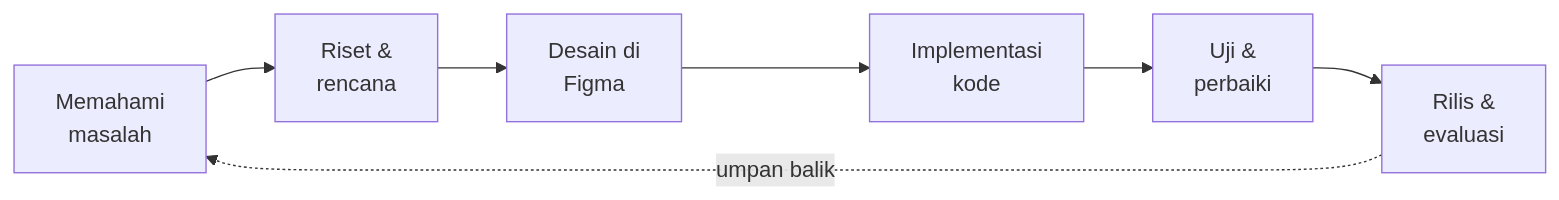
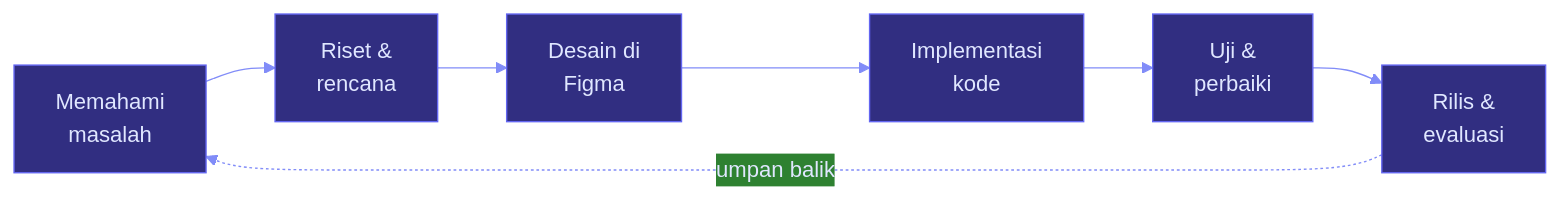
Before and after one commit to F1H444/F1H444: the fourth of 5 diagrams in README.md, drawn with Mermaid. The commit also changed other lines of this file, not shown here.

````diff
--- a/README.md
+++ b/README.md
@@ -464,9 +588,10 @@
 ```mermaid
+%%{init: {'theme':'base','themeVariables':{'primaryColor':'#312E81','primaryTextColor':'#E0E7FF','primaryBorderColor':'#6366F1','lineColor':'#818CF8','fontFamily':'monospace'}}}%%
 flowchart LR
     A[Memahami<br/>masalah] --> B[Riset &<br/>rencana]
     B --> C[Desain di<br/>Figma]
     C --> D[Implementasi<br/>kode]
     D --> E[Uji &<br/>perbaiki]
     E --> F[Rilis &<br/>evaluasi]
     F -.umpan balik.-> A
 ```
````
